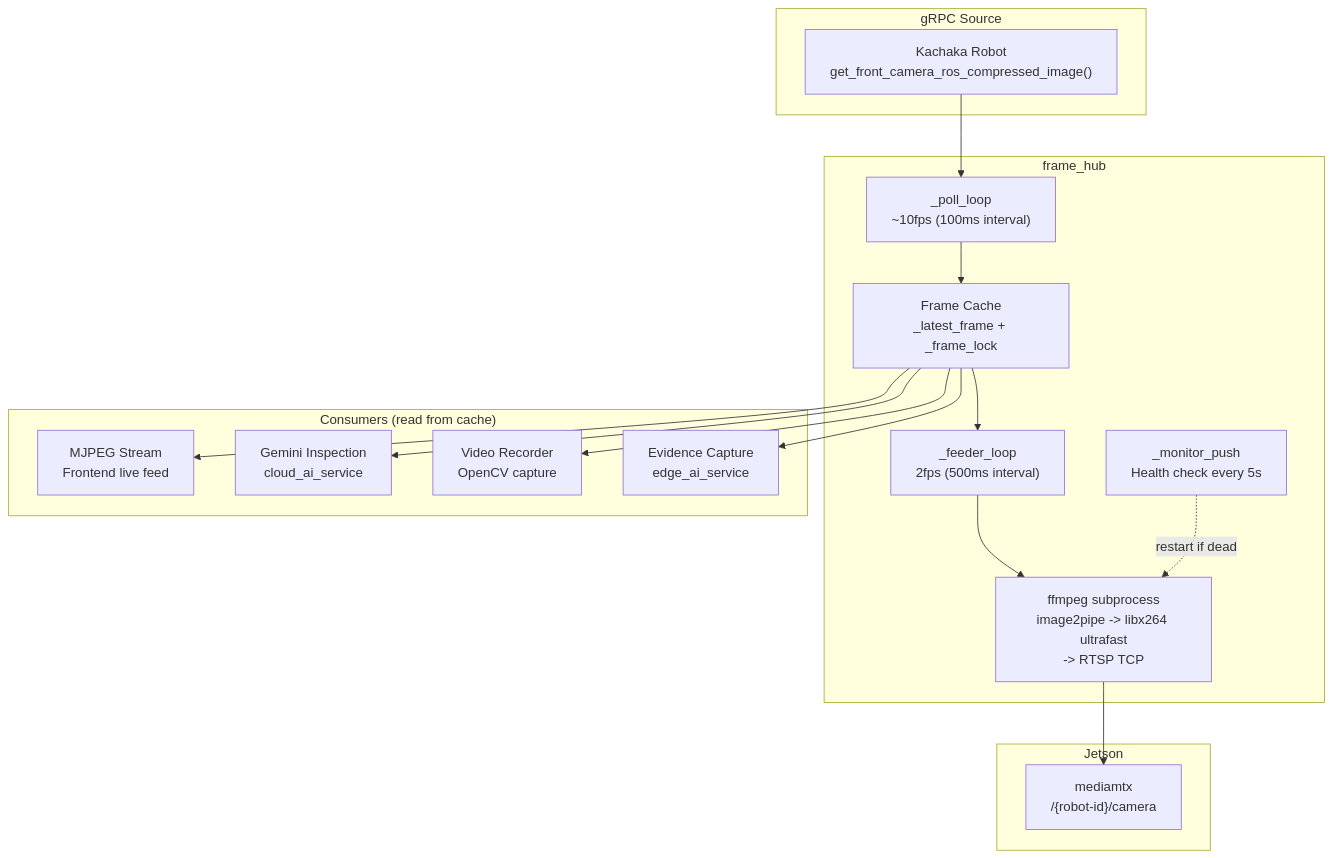
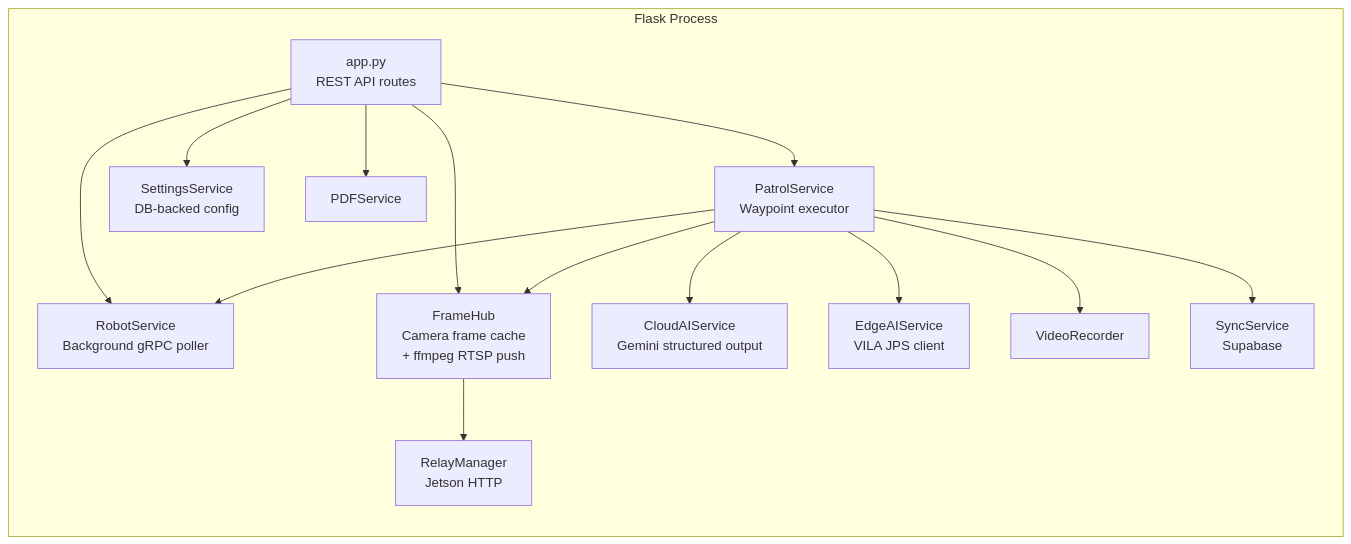
Before and after one commit to sigmarobotics/visual-patrol: the second of 6 diagrams in docs/architecture.md, drawn with Mermaid. The commit also changed other lines of this file and 2 other files, not shown here.

First line of the commit message:
docs: rewrite README and architecture docs with Mermaid diagrams

````diff
--- a/docs/architecture.md
+++ b/docs/architecture.md
@@ -216,36 +80,29 @@
 ```mermaid
-graph TD
-    subgraph "gRPC Source"
-        ROBOT["Kachaka Robot<br/>get_front_camera_ros_compressed_image()"]
+graph LR
+    subgraph Flask["Flask Process"]
+        App["app.py<br/>REST API routes"]
+        RS["RobotService<br/>Background gRPC poller"]
+        FH["FrameHub<br/>Camera frame cache<br/>+ ffmpeg RTSP push"]
+        PS["PatrolService<br/>Waypoint executor"]
+        AI["CloudAIService<br/>Gemini structured output"]
+        Edge["EdgeAIService<br/>VILA JPS client"]
+        RM["RelayManager<br/>Jetson HTTP"]
+        VR["VideoRecorder"]
+        SS["SettingsService<br/>DB-backed config"]
+        PDF["PDFService"]
+        Sync["SyncService<br/>Supabase"]
     end
 
-    subgraph "frame_hub"
-        POLL["_poll_loop<br/>~10fps (100ms interval)"]
-        CACHE["Frame Cache<br/>_latest_frame + _frame_lock"]
-        FEEDER["_feeder_loop<br/>2fps (500ms interval)"]
-        MONITOR["_monitor_push<br/>Health check every 5s"]
-        FFMPEG["ffmpeg subprocess<br/>image2pipe -> libx264 ultrafast<br/>-> RTSP TCP"]
-    end
-
-    subgraph "Consumers (read from cache)"
-        MJPEG["MJPEG Stream<br/>Frontend live feed"]
-        GEMINI["Gemini Inspection<br/>cloud_ai_service"]
-        VIDEO["Video Recorder<br/>OpenCV capture"]
-        EVIDENCE["Evidence Capture<br/>edge_ai_service"]
-    end
-
-    subgraph "Jetson"
-        MTX["mediamtx<br/>/{robot-id}/camera"]
-    end
-
-    ROBOT --> POLL
-    POLL --> CACHE
-    CACHE --> MJPEG
-    CACHE --> GEMINI
-    CACHE --> VIDEO
-    CACHE --> EVIDENCE
-    CACHE --> FEEDER
-    FEEDER --> FFMPEG
-    FFMPEG --> MTX
-    MONITOR -. "restart if dead" .-> FFMPEG
+    App --> RS
+    App --> FH
+    App --> PS
+    PS --> RS
+    PS --> FH
+    PS --> AI
+    PS --> Edge
+    PS --> VR
+    PS --> Sync
+    App --> SS
+    App --> PDF
+    FH --> RM
 ```
````
